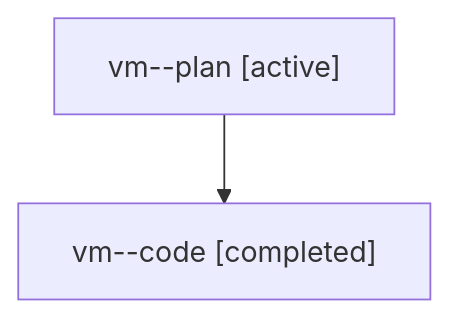
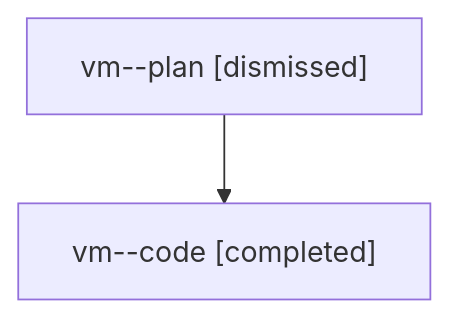
One commit to sase-org/sase--agents changed the diagram in sessions/bbugyi200.athena.vm.md. Above: the diagram before and after it, drawn with Mermaid. The commit also changed other lines of this file and 38 other files, not shown here.

````diff
--- a/sessions/bbugyi200.athena.vm.md
+++ b/sessions/bbugyi200.athena.vm.md
@@ -9,6 +9,6 @@
 ```mermaid
 flowchart TD
-  n0["vm--plan [active]"]
+  n0["vm--plan [dismissed]"]
   n1["vm--code [completed]"]
   n0 --> n1
 ```
````
